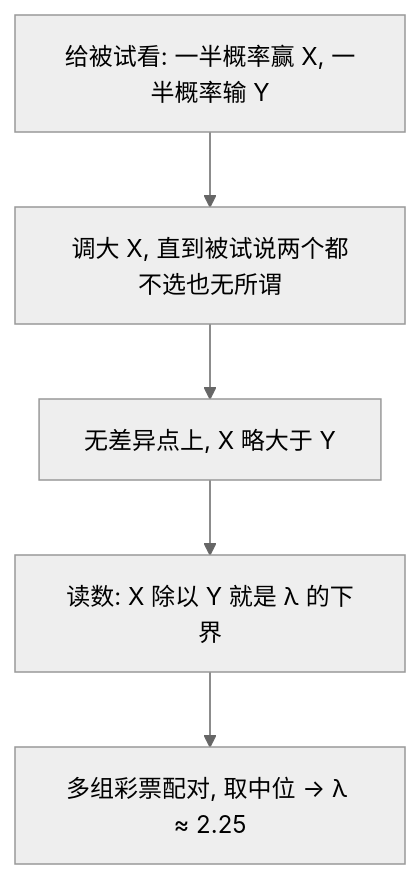
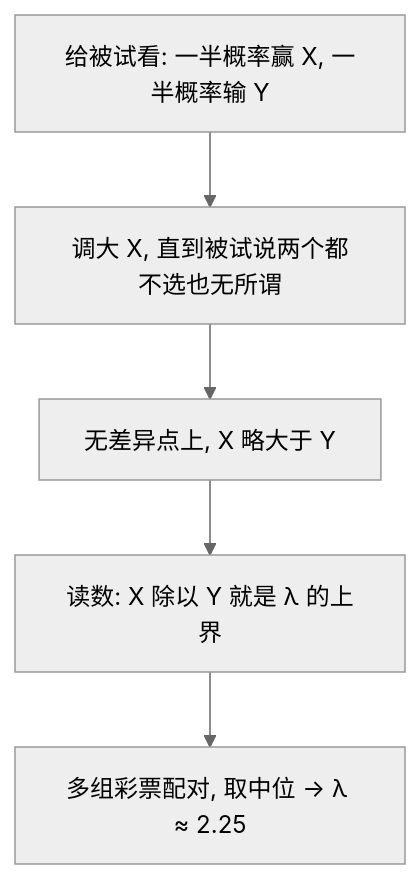
The first of 2 diagrams in docs/econ/bx-prospect-deep.md (xhongduo-tech/xhongduo-tech.github.io), drawn with Mermaid (neutral theme) before and after one commit. The commit also changed other lines of this file and 3 other files, not shown here.

Commit message:
Content review econ-190: the lambda measurement bound is an upper bound in the prospect deep-dive, the Fehr-Schmidt max term and alpha-beta sides are set right in the social-preferences lesson, the coinsurance mermaid matches the out-of-pocket share, and French 2005 is REStud.

````diff
--- a/docs/econ/bx-prospect-deep.md
+++ b/docs/econ/bx-prospect-deep.md
@@ -34,7 +34,7 @@
 ```mermaid
 flowchart TD
   LOT["给被试看: 一半概率赢 X, 一半概率输 Y"] --> ADJ["调大 X, 直到被试说两个都不选也无所谓"]
   ADJ --> IND["无差异点上, X 略大于 Y"]
-  IND --> RATIO["读数: X 除以 Y 就是 λ 的下界"]
+  IND --> RATIO["读数: X 除以 Y 就是 λ 的上界"]
   RATIO --> EST["多组彩票配对, 取中位 → λ ≈ 2.25"]
 ```
````
